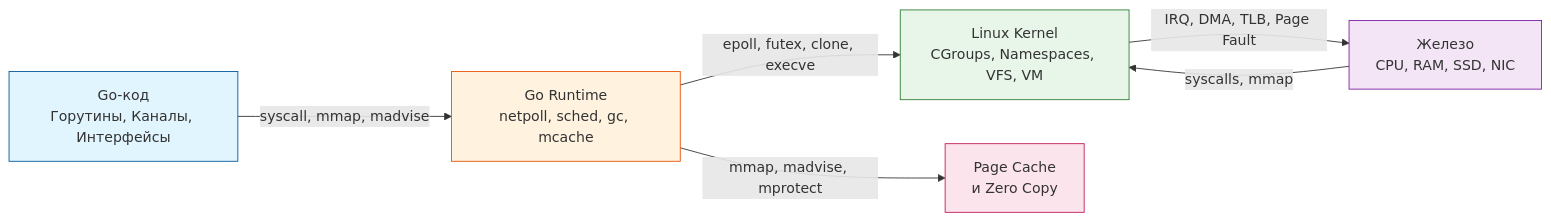
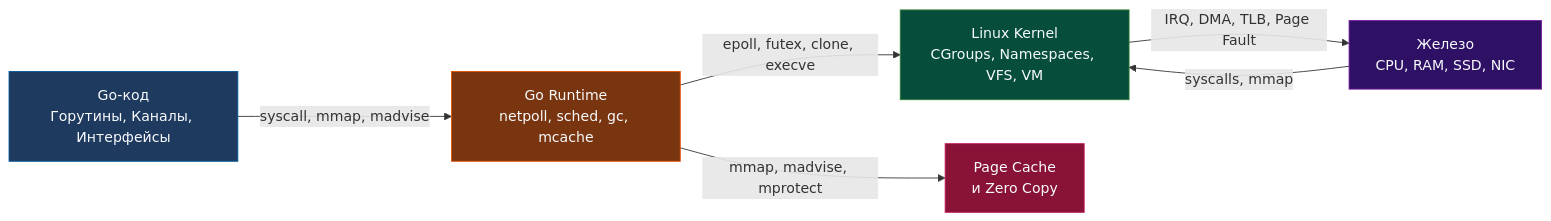
The second of 4 diagrams in sources/2. Устройство и работа ОС/63. Итоги раздела. Картина ОС целиком для Go-разработчика.md (UnrealTemplier/go-textbook), drawn with Mermaid before and after one commit. The commit also changed 310 other files, not shown here.

First line of the commit message:
fix(mermaid): replace light fill colors with dark palette for readability on dark theme

````diff
--- a/sources/2. Устройство и работа ОС/63. Итоги раздела. Картина ОС целиком для Go-разработчика.md
+++ b/sources/2. Устройство и работа ОС/63. Итоги раздела. Картина ОС целиком для Go-разработчика.md
@@ -52,13 +52,13 @@
 ```mermaid
 flowchart LR
     A["Go-код<br>Горутины, Каналы, Интерфейсы"] -->|"syscall, mmap, madvise"| B["Go Runtime<br>netpoll, sched, gc, mcache"]
     B -->|"epoll, futex, clone, execve"| C["Linux Kernel<br>CGroups, Namespaces, VFS, VM"]
     C -->|"IRQ, DMA, TLB, Page Fault"| D["Железо<br>CPU, RAM, SSD, NIC"]
     B -->|"mmap, madvise, mprotect"| E["Page Cache<br>и Zero Copy"]
     D -->|"syscalls, mmap"| C
-    style A fill:#e1f5fe,stroke:#01579b
-    style B fill:#fff3e0,stroke:#e65100
-    style C fill:#e8f5e9,stroke:#2e7d32
-    style D fill:#f3e5f5,stroke:#7b1fa2
-    style E fill:#fce4ec,stroke:#c2185b
+    style A fill:#1e3a5f,stroke:#01579b,color:#f8fafc
+    style B fill:#78350f,stroke:#e65100,color:#f8fafc
+    style C fill:#064e3b,stroke:#2e7d32,color:#f8fafc
+    style D fill:#2e1065,stroke:#7b1fa2,color:#f8fafc
+    style E fill:#881337,stroke:#c2185b,color:#f8fafc
 ```
````
